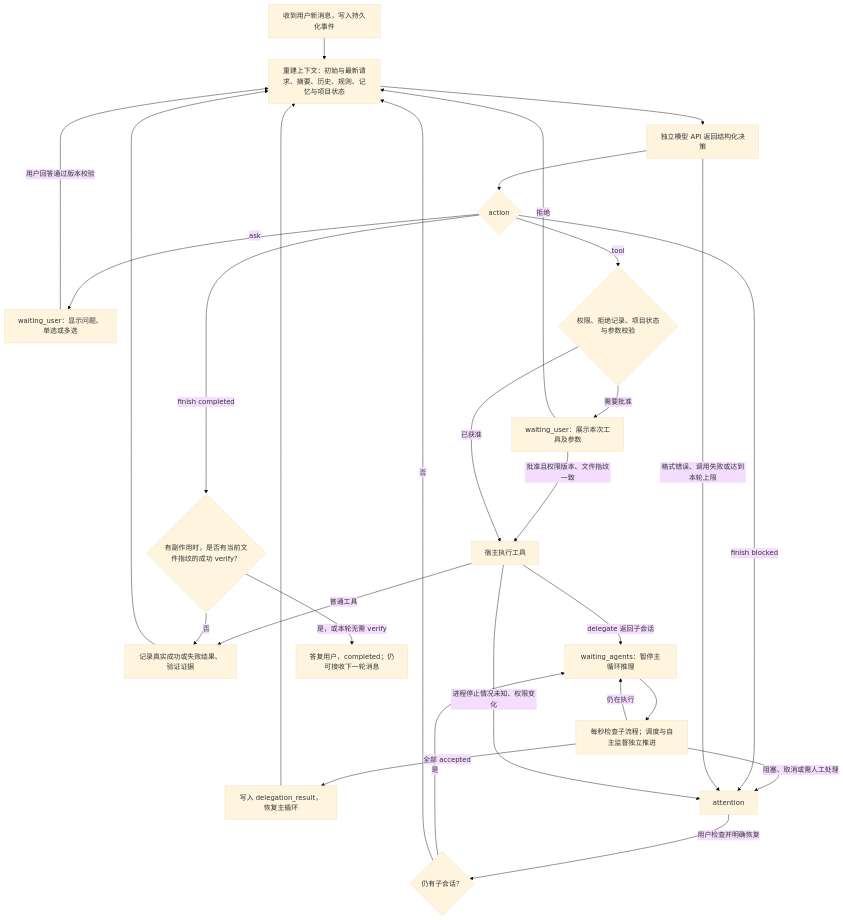
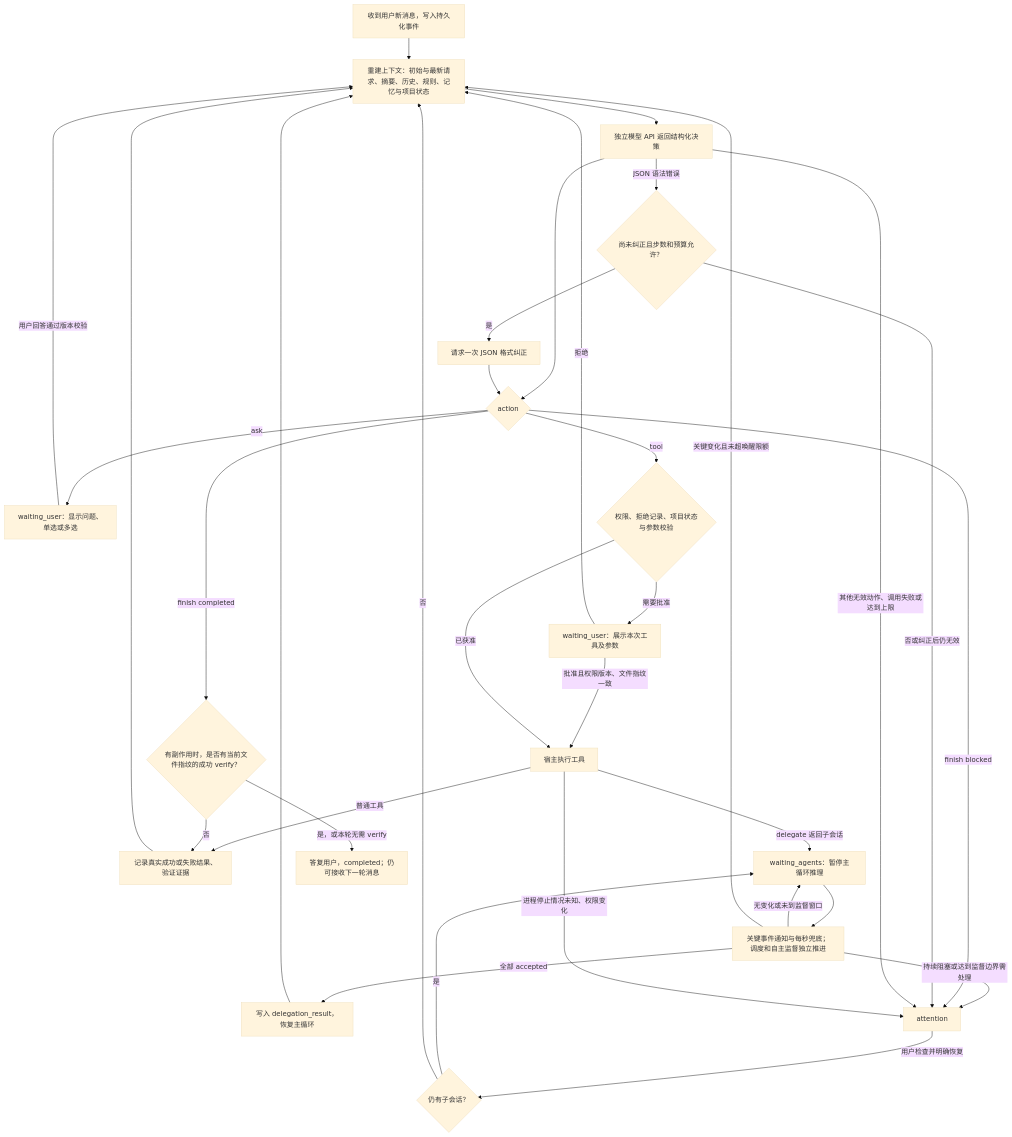
Before and after one commit to Makimasdog/ApiX-Control-Center: the fourth of 4 diagrams in docs/ApiX当前架构与主循环.md, drawn with Mermaid (base theme). The commit also changed other lines of this file and 12 other files, not shown here.

````diff
--- a/docs/ApiX当前架构与主循环.md
+++ b/docs/ApiX当前架构与主循环.md
@@ -106,30 +112,35 @@
 ```mermaid
 flowchart TD
     A[收到用户新消息，写入持久化事件] --> B[重建上下文：初始与最新请求、摘要、历史、规则、记忆与项目状态]
     B --> C[独立模型 API 返回结构化决策]
     C --> D{action}
     D -->|ask| U[waiting_user：显示问题、单选或多选]
     U -->|用户回答通过版本校验| B
     D -->|tool| P{权限、拒绝记录、项目状态与参数校验}
     P -->|需要批准| Q[waiting_user：展示本次工具及参数]
     Q -->|批准且权限版本、文件指纹一致| E[宿主执行工具]
     Q -->|拒绝| B
     P -->|已获准| E
     E -->|普通工具| R[记录真实成功或失败结果、验证证据]
     R --> B
     E -->|delegate 返回子会话| W[waiting_agents：暂停主循环推理]
-    W --> T[每秒检查子流程；调度与自主监督独立推进]
-    T -->|仍在执行| W
+    W --> T[关键事件通知与每秒兜底；调度和自主监督独立推进]
+    T -->|无变化或未到监督窗口| W
+    T -->|关键变化且未超唤醒限额| B
     T -->|全部 accepted| V[写入 delegation_result，恢复主循环]
     V --> B
-    T -->|阻塞、取消或需人工处理| X[attention]
+    T -->|持续阻塞或达到监督边界需处理| X[attention]
     D -->|finish completed| F{有副作用时，是否有当前文件指纹的成功 verify？}
     F -->|否| R
     F -->|是，或本轮无需 verify| DONE[答复用户，completed；仍可接收下一轮消息]
     D -->|finish blocked| X
-    C -->|格式错误、调用失败或达到本轮上限| X
+    C -->|JSON 语法错误| FIX{尚未纠正且步数和预算允许？}
+    FIX -->|是| ONCE[请求一次 JSON 格式纠正]
+    ONCE --> D
+    FIX -->|否或纠正后仍无效| X
+    C -->|其他无效动作、调用失败或达到上限| X
     E -->|进程停止情况未知、权限变化| X
     X -->|用户检查并明确恢复| RESUME{仍有子会话？}
     RESUME -->|是| W
     RESUME -->|否| B
 ```
````
